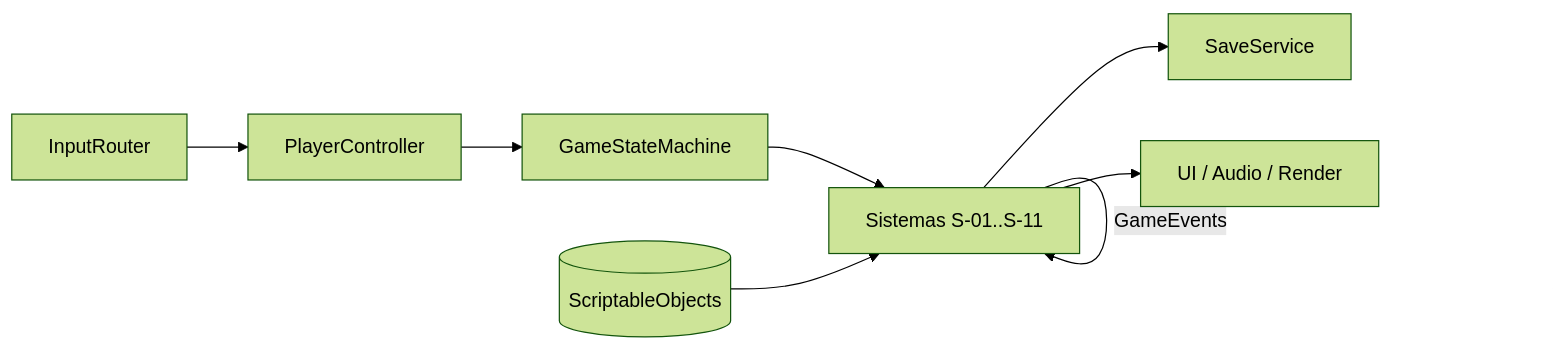
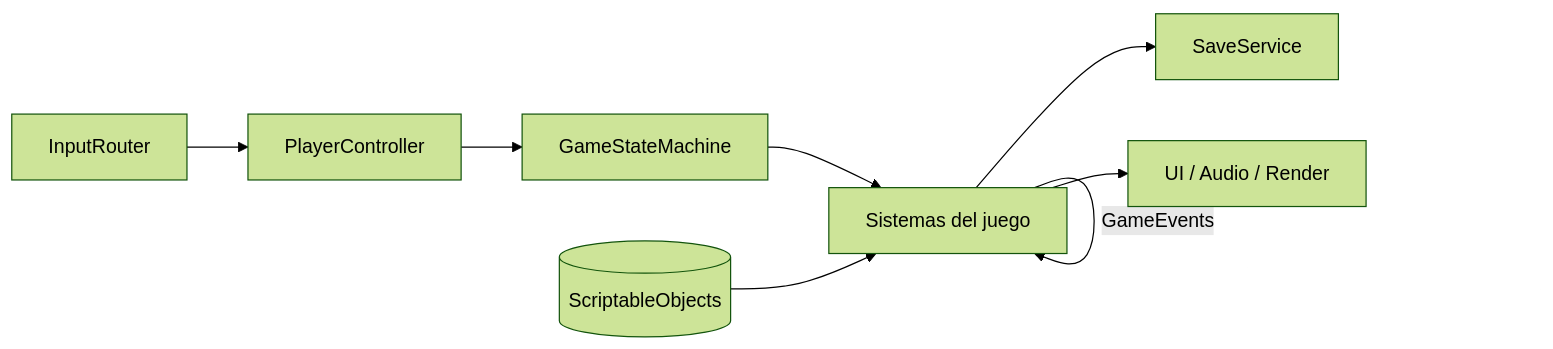
One commit to ChristianC720/survivalHorror-Demo changed the diagram in GDD/07 - Tecnología/01 - Arquitectura Técnica.md. Above: the diagram before and after it, drawn with Mermaid (forest theme). The commit also changed other lines of this file and 115 other files, not shown here.

````diff
--- a/GDD/07 - Tecnología/01 - Arquitectura Técnica.md
+++ b/GDD/07 - Tecnología/01 - Arquitectura Técnica.md
@@ -63,10 +65,10 @@
 ```mermaid
 flowchart LR
     IN[InputRouter] --> PC[PlayerController]
     PC --> GSM[GameStateMachine]
-    GSM --> SYS[Sistemas S-01..S-11]
+    GSM --> SYS[Sistemas del juego]
     SYS -- GameEvents --> SYS
     SYS --> SAVE[SaveService]
     CFG[(ScriptableObjects)] --> SYS
     SYS --> VIEW[UI / Audio / Render]
 ```
````
